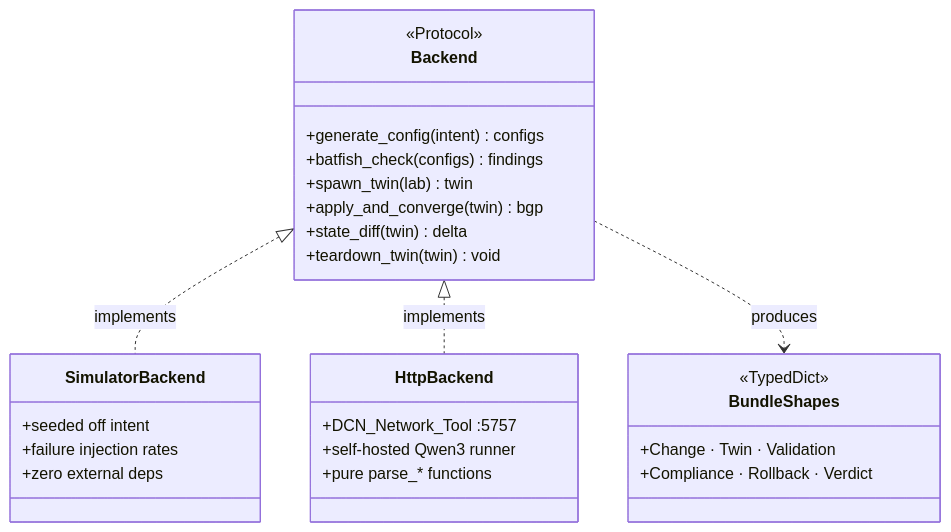
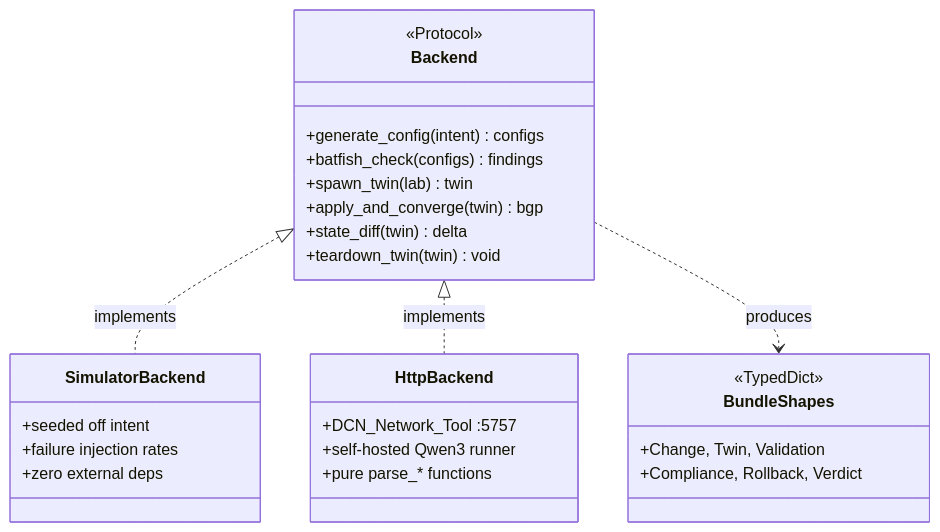
The fifth of 6 diagrams in docs/ARCHITECTURE.md (gesh75/aegis), drawn with Mermaid before and after one commit. The commit also changed other lines of this file and 1 other file, not shown here.

Commit message:
docs: harden mermaid diagrams for reliable GitHub rendering

````diff
--- a/docs/ARCHITECTURE.md
+++ b/docs/ARCHITECTURE.md
@@ -217,30 +217,30 @@
 ```mermaid
 classDiagram
     class Backend {
         <<Protocol>>
         +generate_config(intent) configs
         +batfish_check(configs) findings
         +spawn_twin(lab) twin
         +apply_and_converge(twin) bgp
         +state_diff(twin) delta
         +teardown_twin(twin) void
     }
     class SimulatorBackend {
         +seeded off intent
         +failure injection rates
         +zero external deps
     }
     class HttpBackend {
         +DCN_Network_Tool :5757
         +self-hosted Qwen3 runner
         +pure parse_* functions
     }
     class BundleShapes {
         <<TypedDict>>
-        +Change · Twin · Validation
-        +Compliance · Rollback · Verdict
+        +Change, Twin, Validation
+        +Compliance, Rollback, Verdict
     }
     Backend <|.. SimulatorBackend : implements
     Backend <|.. HttpBackend : implements
     Backend ..> BundleShapes : produces
 ```
````
